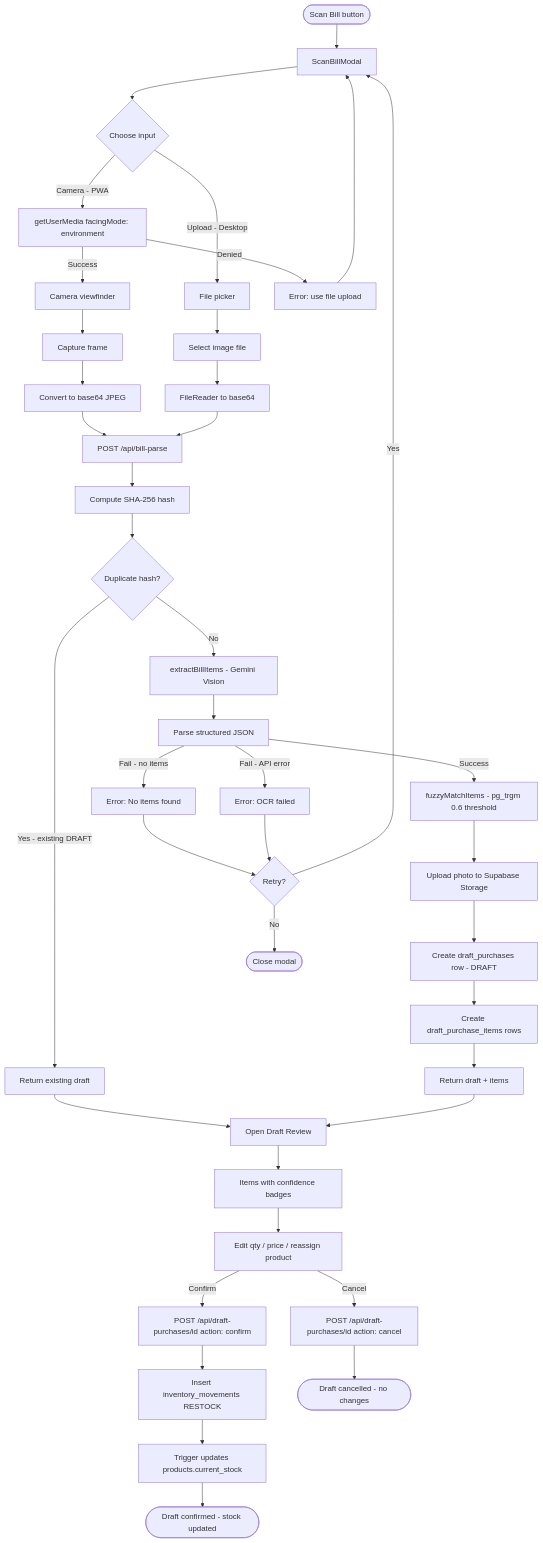
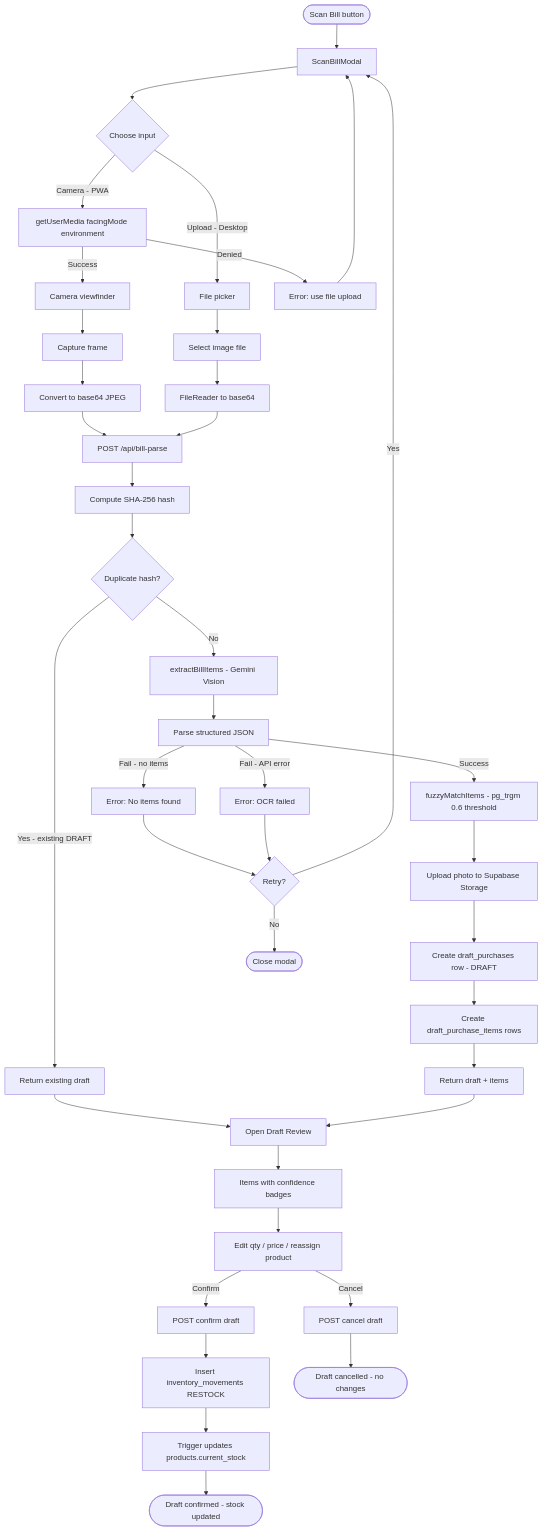
Before and after one commit to gstposbhutan/edgePOS: the fifth of 16 diagrams in docs/USER_FLOWS.md, drawn with Mermaid. The commit also changed other lines of this file, not shown here.

First line of the commit message:
fix: escape special characters in Mermaid diagrams for VS Code rendering

````diff
--- a/docs/USER_FLOWS.md
+++ b/docs/USER_FLOWS.md
@@ -211,55 +211,55 @@
 ```mermaid
 flowchart TD
     START([Scan Bill button]) --> MODAL[ScanBillModal]
     MODAL --> CHOOSE{Choose input}
     
-    CHOOSE --> |Camera - PWA| CAM_START[getUserMedia facingMode: environment]
+    CHOOSE --> |Camera - PWA| CAM_START["getUserMedia facingMode environment"]
     CHOOSE --> |Upload - Desktop| FILE_PICK[File picker]
     
     CAM_START --> |Success| VIEWFINDER[Camera viewfinder]
     CAM_START --> |Denied| CAM_ERR[Error: use file upload]
     CAM_ERR --> MODAL
     
     VIEWFINDER --> CAPTURE[Capture frame]
     CAPTURE --> TO_BASE64_1[Convert to base64 JPEG]
     
     FILE_PICK --> FILE_SEL[Select image file]
     FILE_SEL --> TO_BASE64_2[FileReader to base64]
     
     TO_BASE64_1 --> API_CALL
     TO_BASE64_2 --> API_CALL
     
-    API_CALL[POST /api/bill-parse] --> HASH[Compute SHA-256 hash]
+    API_CALL["POST /api/bill-parse"] --> HASH["Compute SHA-256 hash"]
     HASH --> DUP_CHECK{Duplicate hash?}
     
     DUP_CHECK --> |Yes - existing DRAFT| RETURN_DUP[Return existing draft]
     DUP_CHECK --> |No| OCR_CALL
     
-    OCR_CALL[extractBillItems - Gemini Vision] --> PARSE[Parse structured JSON]
-    PARSE --> |Success| MATCH[fuzzyMatchItems - pg_trgm 0.6 threshold]
+    OCR_CALL["extractBillItems - Gemini Vision"] --> PARSE[Parse structured JSON]
+    PARSE --> |Success| MATCH["fuzzyMatchItems - pg_trgm 0.6 threshold"]
     PARSE --> |Fail - no items| ERR_PARSE[Error: No items found]
     PARSE --> |Fail - API error| ERR_API[Error: OCR failed]
     
     MATCH --> UPLOAD[Upload photo to Supabase Storage]
-    UPLOAD --> INSERT_DRAFT[Create draft_purchases row - DRAFT]
+    UPLOAD --> INSERT_DRAFT["Create draft_purchases row - DRAFT"]
     INSERT_DRAFT --> INSERT_ITEMS[Create draft_purchase_items rows]
     INSERT_ITEMS --> SUCCESS[Return draft + items]
     
     RETURN_DUP --> REVIEW[Open Draft Review]
     SUCCESS --> REVIEW
     
     ERR_PARSE --> RETRY{Retry?}
     ERR_API --> RETRY
     RETRY --> |Yes| MODAL
     RETRY --> |No| CLOSE([Close modal])
     
     REVIEW --> ITEMS[Items with confidence badges]
-    ITEMS --> EDIT[Edit qty / price / reassign product]
-    EDIT --> |Confirm| CONFIRM[POST /api/draft-purchases/id action: confirm]
-    EDIT --> |Cancel| CANCEL[POST /api/draft-purchases/id action: cancel]
+    ITEMS --> EDIT["Edit qty / price / reassign product"]
+    EDIT --> |Confirm| CONFIRM_DTL["POST confirm draft"]
+    EDIT --> |Cancel| CANCEL_DTL["POST cancel draft"]
     
-    CONFIRM --> RESTOCK[Insert inventory_movements RESTOCK]
-    RESTOCK --> TRIGGER[Trigger updates products.current_stock]
+    CONFIRM_DTL --> RESTOCK["Insert inventory_movements RESTOCK"]
+    RESTOCK --> TRIGGER["Trigger updates products.current_stock"]
     TRIGGER --> DONE([Draft confirmed - stock updated])
-    CANCEL --> CANCELLED([Draft cancelled - no changes])
+    CANCEL_DTL --> CANCELLED_END([Draft cancelled - no changes])
 ```
````
